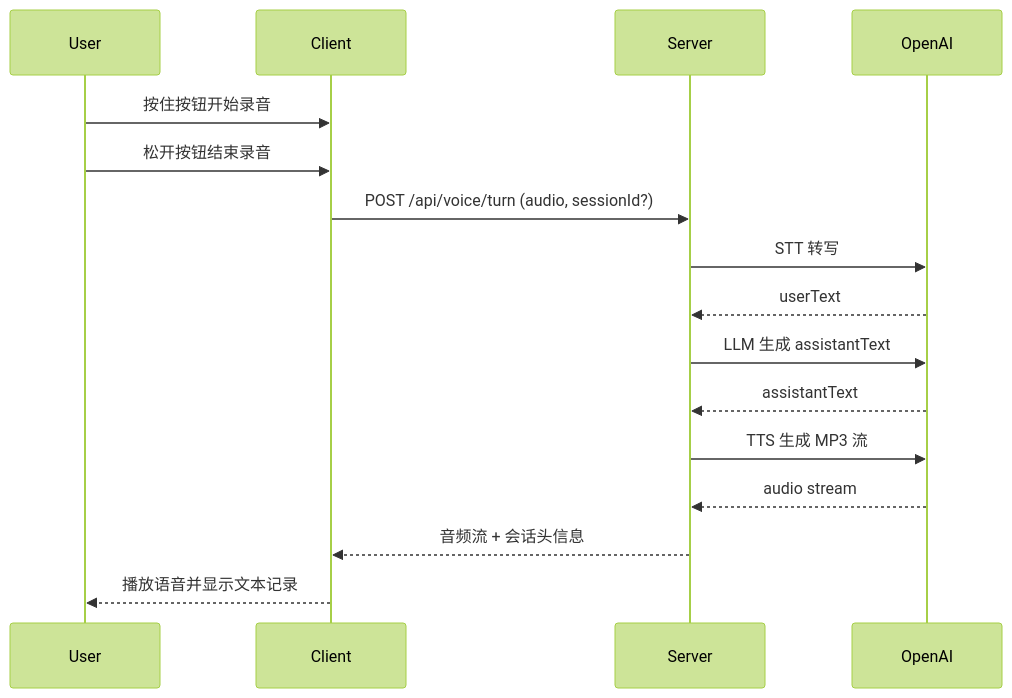
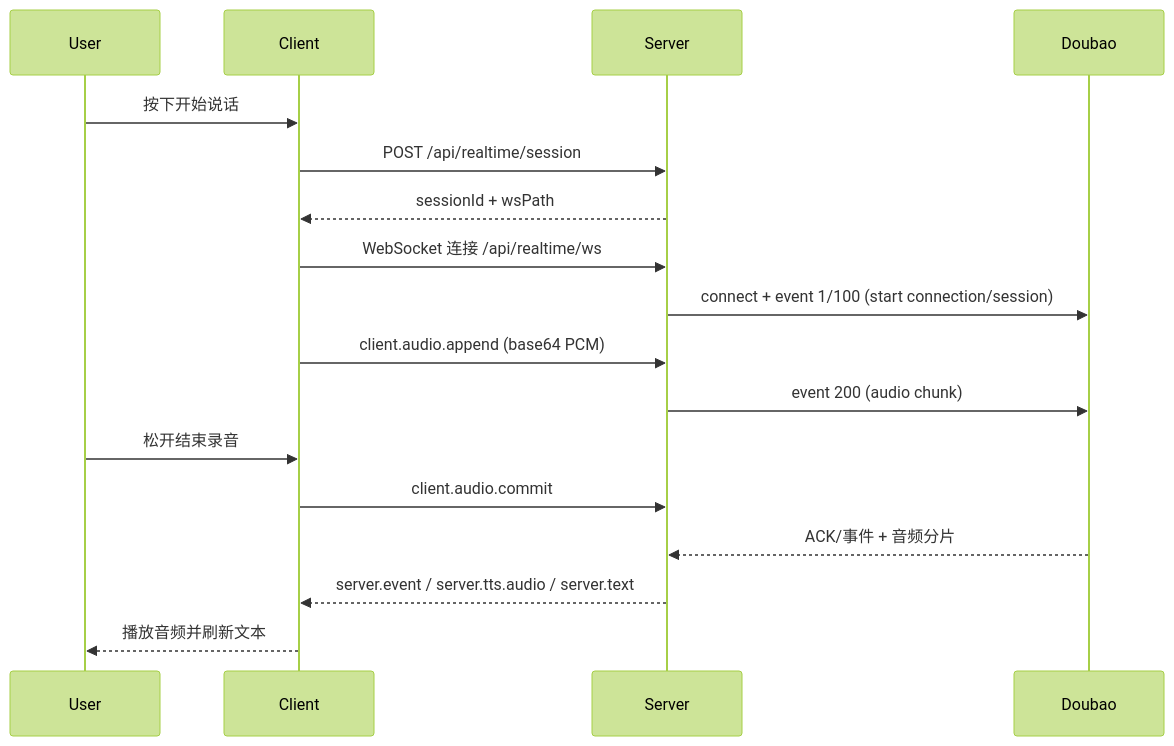
One commit to ZiYang-oyxy/voice-box changed the second of 2 diagrams in README.md. Above: the diagram before and after it, drawn with Mermaid (forest theme). The commit also changed other lines of this file and 9 other files, not shown here.

````diff
--- a/README.md
+++ b/README.md
@@ -35,19 +30,20 @@
 ```mermaid
 sequenceDiagram
   participant U as User
   participant C as Client
   participant S as Server
-  participant O as OpenAI
+  participant D as Doubao
 
-  U->>C: 按住按钮开始录音
-  U->>C: 松开按钮结束录音
-  C->>S: POST /api/voice/turn (audio, sessionId?)
-  S->>O: STT 转写
-  O-->>S: userText
-  S->>O: LLM 生成 assistantText
-  O-->>S: assistantText
-  S->>O: TTS 生成 MP3 流
-  O-->>S: audio stream
-  S-->>C: 音频流 + 会话头信息
-  C-->>U: 播放语音并显示文本记录
+  U->>C: 按下开始说话
+  C->>S: POST /api/realtime/session
+  S-->>C: sessionId + wsPath
+  C->>S: WebSocket 连接 /api/realtime/ws
+  S->>D: connect + event 1/100 (start connection/session)
+  C->>S: client.audio.append (base64 PCM)
+  S->>D: event 200 (audio chunk)
+  U->>C: 松开结束录音
+  C->>S: client.audio.commit
+  D-->>S: ACK/事件 + 音频分片
+  S-->>C: server.event / server.tts.audio / server.text
+  C-->>U: 播放音频并刷新文本
 ```
````
